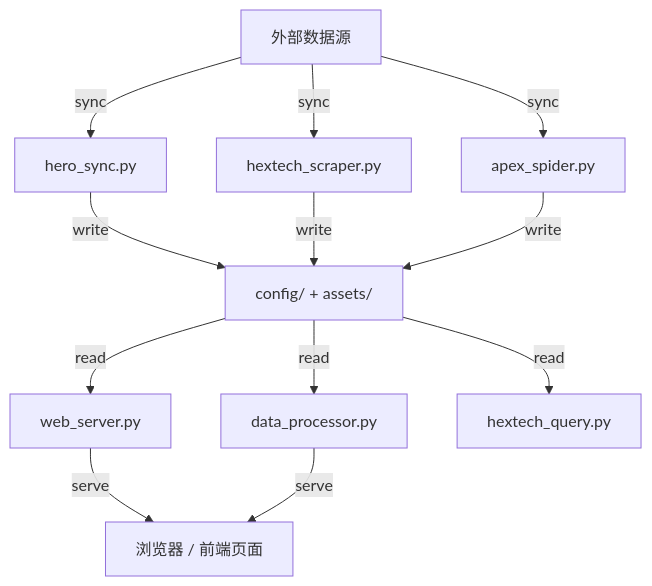
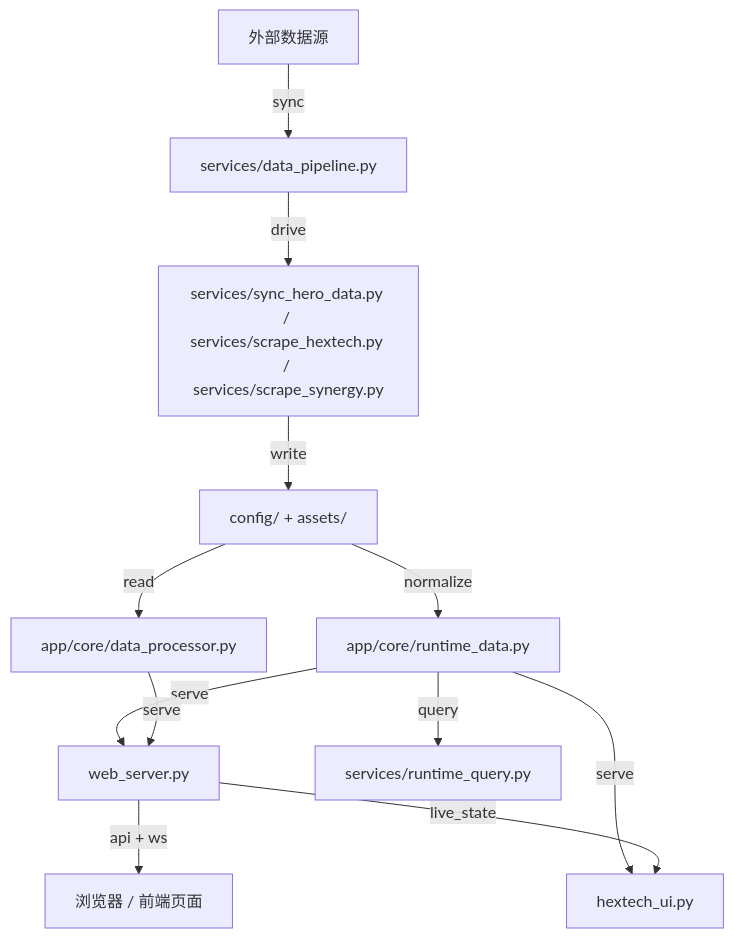
The diagram in run/PROJECT.md (fadfasfa/claude-code-test), drawn with Mermaid before and after one commit. The commit also changed other lines of this file and 39 other files, not shown here.

Commit message:
refactor: move core modules under app/core

````diff
--- a/run/PROJECT.md
+++ b/run/PROJECT.md
@@ -69,14 +90,14 @@
 ```mermaid
 flowchart TD
-    A["外部数据源"] -->|"sync"| B["hero_sync.py"]
-    A -->|"sync"| C["hextech_scraper.py"]
-    A -->|"sync"| D["apex_spider.py"]
-    B -->|"write"| E["config/ + assets/"]
-    C -->|"write"| E
-    D -->|"write"| E
-    E -->|"read"| F["data_processor.py"]
-    E -->|"read"| G["web_server.py"]
-    E -->|"read"| H["hextech_query.py"]
-    G -->|"serve"| I["浏览器 / 前端页面"]
-    F -->|"serve"| I
+    A["外部数据源"] -->|"sync"| B["services/data_pipeline.py"]
+    B -->|"drive"| C["services/sync_hero_data.py / services/scrape_hextech.py / services/scrape_synergy.py"]
+    C -->|"write"| D["config/ + assets/"]
+    D -->|"normalize"| E["app/core/runtime_data.py"]
+    D -->|"read"| F["app/core/data_processor.py"]
+    E -->|"serve"| G["web_server.py"]
+    E -->|"serve"| H["hextech_ui.py"]
+    E -->|"query"| I["services/runtime_query.py"]
+    F -->|"serve"| G
+    G -->|"api + ws"| J["浏览器 / 前端页面"]
+    G -->|"live_state"| H
 ```
````
